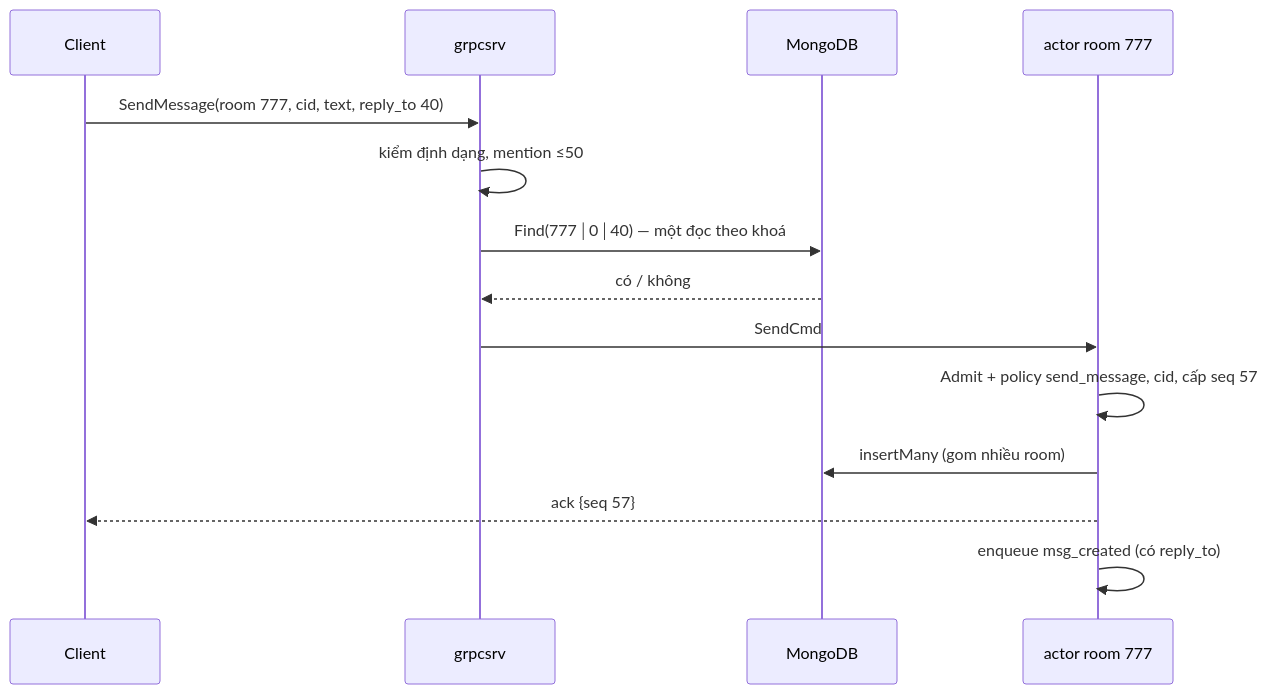
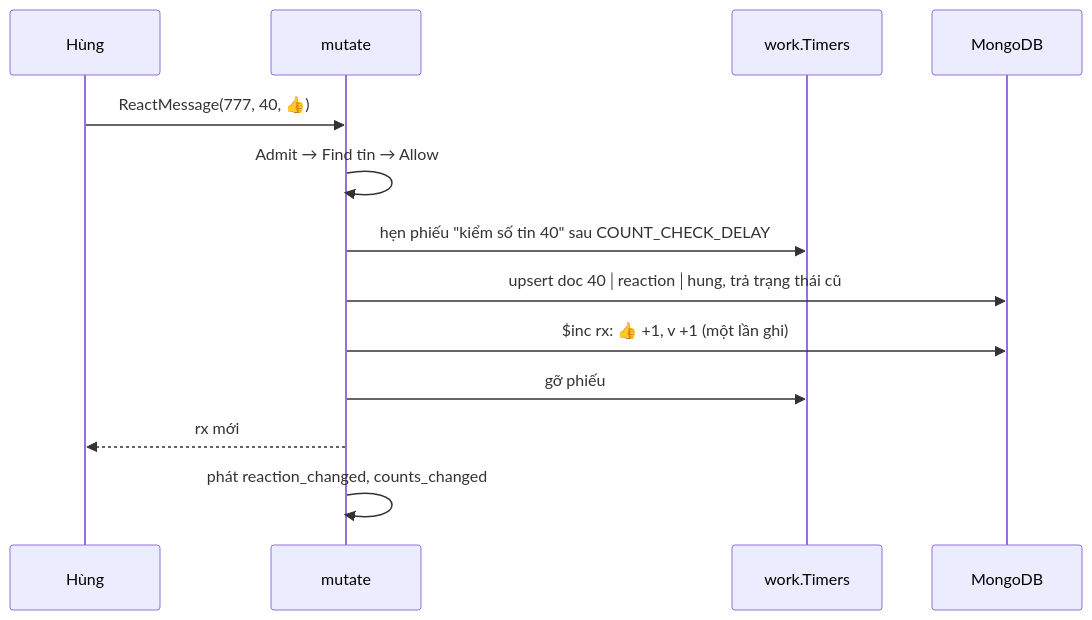
The second of 3 diagrams in docs/plans/2026-10-10-m2c-threads-mentions-summary.md (ivannguyendev/chatim), drawn with Mermaid before and after one commit. The commit also changed other lines of this file and 2 other files, not shown here.

````diff
--- a/docs/plans/2026-10-10-m2c-threads-mentions-summary.md
+++ b/docs/plans/2026-10-10-m2c-threads-mentions-summary.md
@@ -184,16 +138,15 @@
 ```mermaid
 sequenceDiagram
-  participant C as Client
-  participant G as grpcsrv
+  participant H as Hùng
+  participant MU as mutate
+  participant T as work.Timers
   participant DB as MongoDB
-  participant A as actor room 777
-  C->>G: SendMessage(room 777, cid, text, reply_to 40)
-  G->>G: kiểm định dạng, mention ≤50
-  G->>DB: Find(777│0│40) — một đọc theo khoá
-  DB-->>G: có / không
-  G->>A: SendCmd
-  A->>A: Admit + policy send_message, cid, cấp seq 57
-  A->>DB: insertMany (gom nhiều room)
-  A-->>C: ack {seq 57}
-  A->>A: enqueue msg_created (có reply_to)
+  H->>MU: ReactMessage(777, 40, 👍)
+  MU->>MU: Admit → Find tin → Allow
+  MU->>T: hẹn phiếu "kiểm số tin 40" sau COUNT_CHECK_DELAY
+  MU->>DB: upsert doc 40│reaction│hung, trả trạng thái cũ
+  MU->>DB: $inc rx: 👍 +1, v +1 (một lần ghi)
+  MU->>T: gỡ phiếu
+  MU-->>H: rx mới
+  MU->>MU: phát reaction_changed, counts_changed
 ```
````
